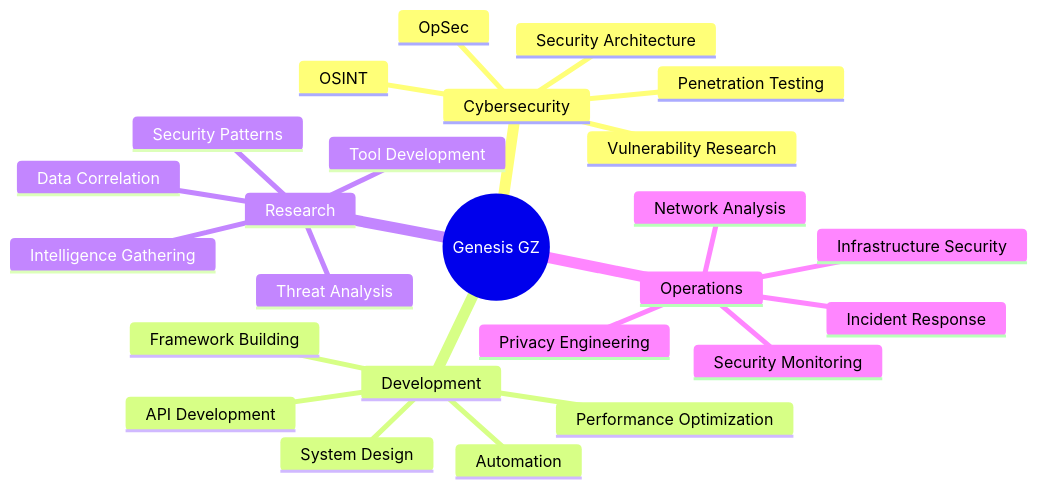
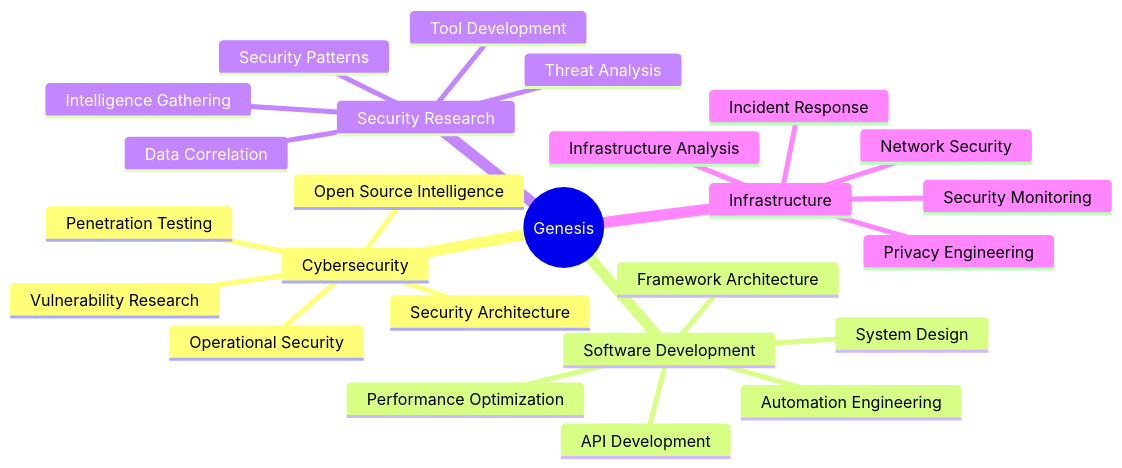
Before and after one commit to genesisgzdev/genesisgzdev: the diagram in README.md, drawn with Mermaid. The commit also changed other lines of this file, not shown here.

````diff
--- a/README.md
+++ b/README.md
@@ -187,28 +171,28 @@
 ```mermaid
 mindmap
-  root((Genesis GZ))
+  root((Genesis))
     Cybersecurity
-      OSINT
+      Open Source Intelligence
       Penetration Testing
       Security Architecture
       Vulnerability Research
-      OpSec
-    Development
+      Operational Security
+    Software Development
       System Design
       API Development
-      Automation
-      Framework Building
+      Framework Architecture
+      Automation Engineering
       Performance Optimization
-    Research
+    Security Research
       Intelligence Gathering
       Data Correlation
       Threat Analysis
       Tool Development
       Security Patterns
-    Operations
-      Infrastructure Security
-      Network Analysis
+    Infrastructure
+      Network Security
+      Infrastructure Analysis
       Incident Response
       Security Monitoring
       Privacy Engineering
 ```
````
